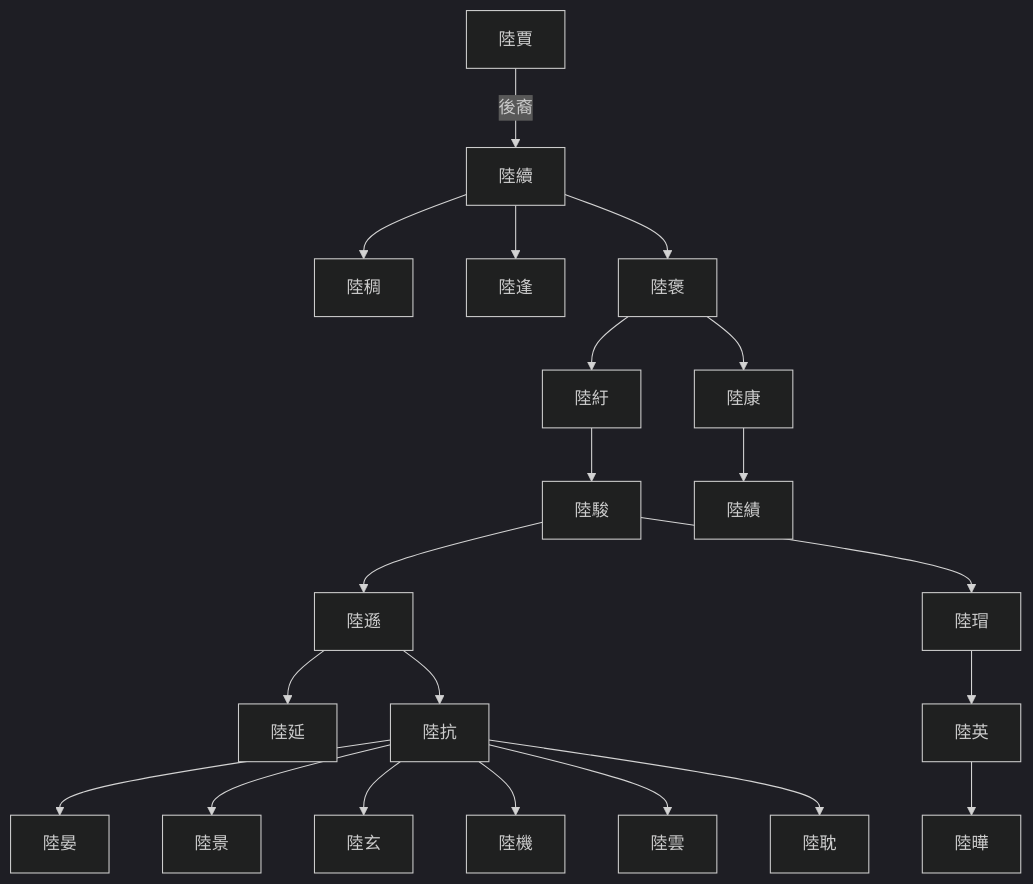
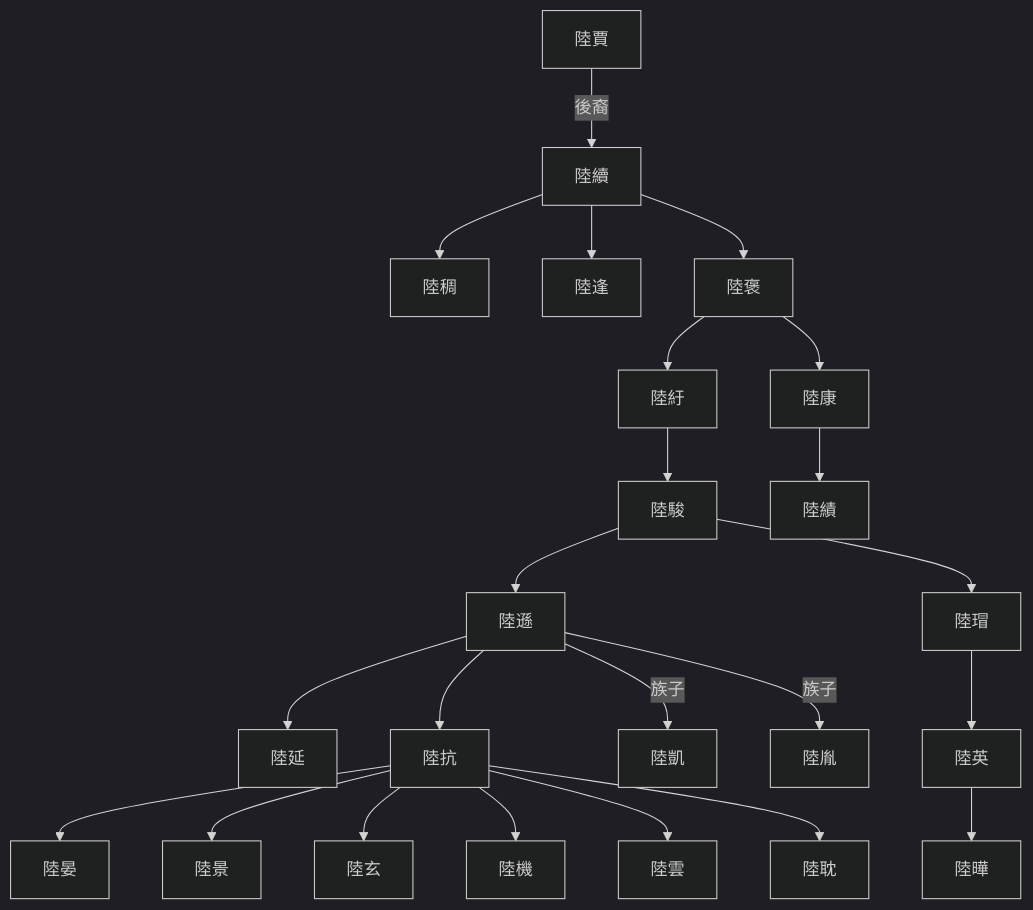
The second of 2 diagrams in 5_筆記/资治通鉴74.md (gamefang/zizhitongjian), drawn with Mermaid (dark theme) before and after one commit. The commit also changed 9 other files, not shown here.

````diff
--- a/5_筆記/资治通鉴74.md
+++ b/5_筆記/资治通鉴74.md
@@ -65,32 +65,34 @@
 ```mermaid
 graph TB
 
 陸賈--後裔-->陸續
 
 陸續-->陸稠
 陸續-->陸逢
 陸續-->陸褒
 
 陸褒-->陸紆
 陸褒-->陸康
 
 陸紆-->陸駿
 陸康-->陸績
 
 陸駿-->陸遜
 陸駿-->陸瑁
 
 陸遜-->陸延
 陸遜-->陸抗
+陸遜--族子-->陸凱
+陸遜--族子-->陸胤
 
 陸抗-->陸晏
 陸抗-->陸景
 陸抗-->陸玄
 陸抗-->陸機
 陸抗-->陸雲
 陸抗-->陸耽
 
 陸瑁-->陸英
 陸英-->陸曄
 
 ```
````
